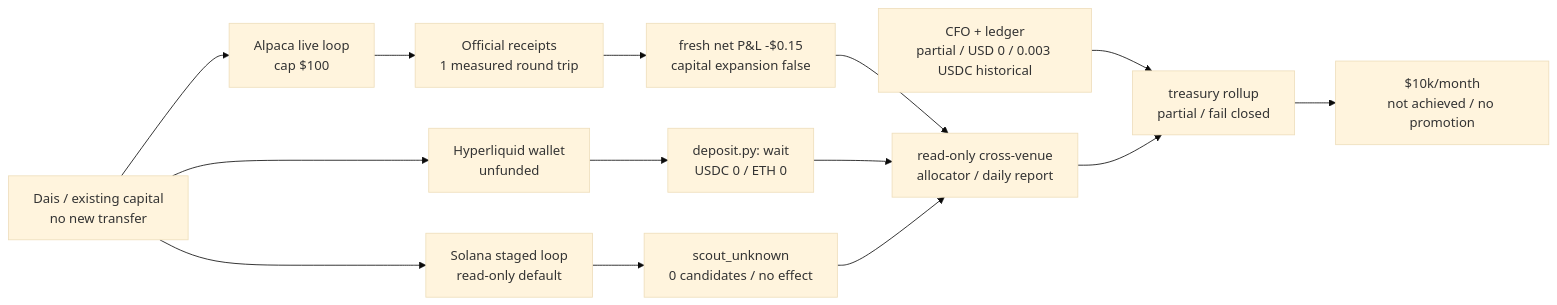
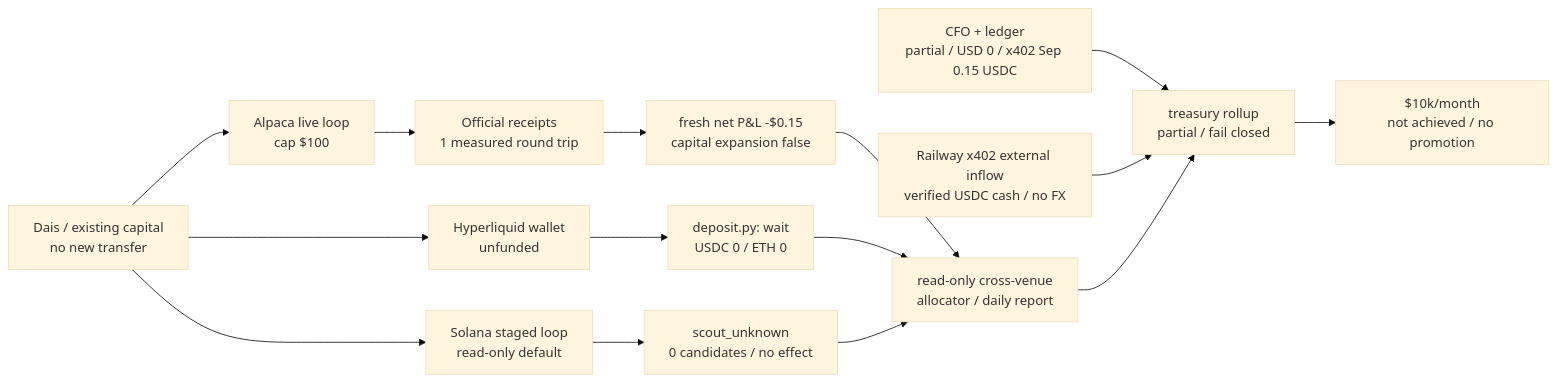
One commit to Daisuke134/life-manager changed the first of 2 diagrams in docs/superpowers/plans/2026-09-28-investment-loop-generational-wealth.md. Above: the diagram before and after it, drawn with Mermaid (base theme). The commit also changed other lines of this file, not shown here.

````diff
--- a/docs/superpowers/plans/2026-09-28-investment-loop-generational-wealth.md
+++ b/docs/superpowers/plans/2026-09-28-investment-loop-generational-wealth.md
@@ -38,18 +38,19 @@
 ```mermaid
 flowchart LR
     Owner["Dais / existing capital\nno new transfer"] --> Alpaca["Alpaca live loop\ncap $100"]
     Owner --> HL["Hyperliquid wallet\nunfunded"]
     Owner --> Sol["Solana staged loop\nread-only default"]
 
     Alpaca --> AReceipt["Official receipts\n1 measured round trip"]
     AReceipt --> APerf["fresh net P&L -$0.15\ncapital expansion false"]
     HL --> HLWait["deposit.py: wait\nUSDC 0 / ETH 0"]
     Sol --> SolScout["scout_unknown\n0 candidates / no effect"]
 
     APerf --> Allocator["read-only cross-venue\nallocator / daily report"]
     HLWait --> Allocator
     SolScout --> Allocator
-    CFO["CFO + ledger\npartial / USD 0 / 0.003 USDC historical"] --> Treasury
+    CFO["CFO + ledger\npartial / USD 0 / x402 Sep 0.15 USDC"] --> Treasury
+    X402["Railway x402 external inflow\nverified USDC cash / no FX"] --> Treasury
     Allocator --> Treasury["treasury rollup\npartial / fail closed"]
     Treasury --> Target["$10k/month\nnot achieved / no promotion"]
 ```
````
